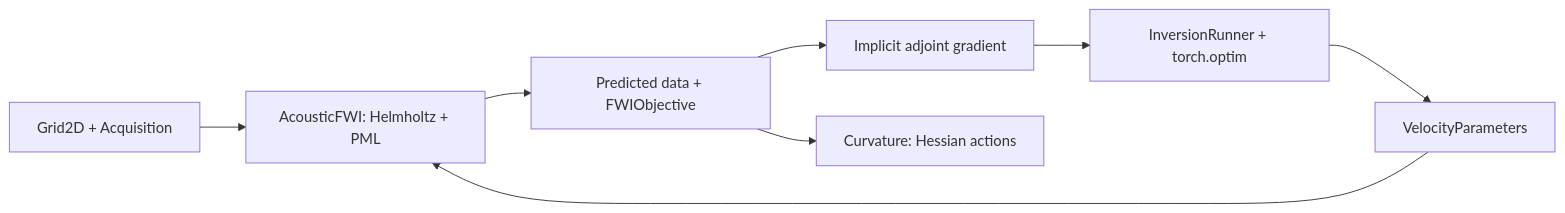
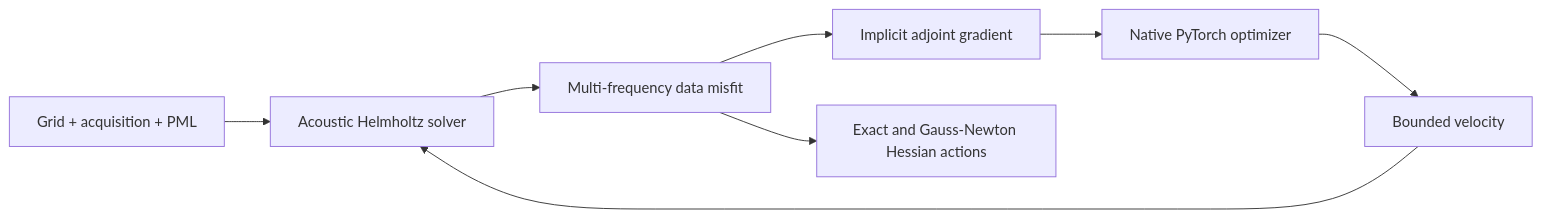
One commit to izzatum/SimpleFWI changed the diagram in README.md. Above: the diagram before and after it, drawn with Mermaid. The commit also changed other lines of this file and 21 other files, not shown here.

````diff
--- a/README.md
+++ b/README.md
@@ -16,10 +31,10 @@
 ```mermaid
 flowchart LR
-    G[Grid2D + Acquisition] --> A[AcousticFWI: Helmholtz + PML]
-    V[VelocityParameters] --> A
-    A --> D[Predicted data + FWIObjective]
+    G[Grid + acquisition + PML] --> A[Acoustic Helmholtz solver]
+    V[Bounded velocity] --> A
+    A --> D[Multi-frequency data misfit]
     D --> B[Implicit adjoint gradient]
-    B --> O[InversionRunner + torch.optim]
+    B --> O[Native PyTorch optimizer]
     O --> V
-    D --> H[Curvature: Hessian actions]
+    D --> H[Exact and Gauss-Newton Hessian actions]
 ```
````
